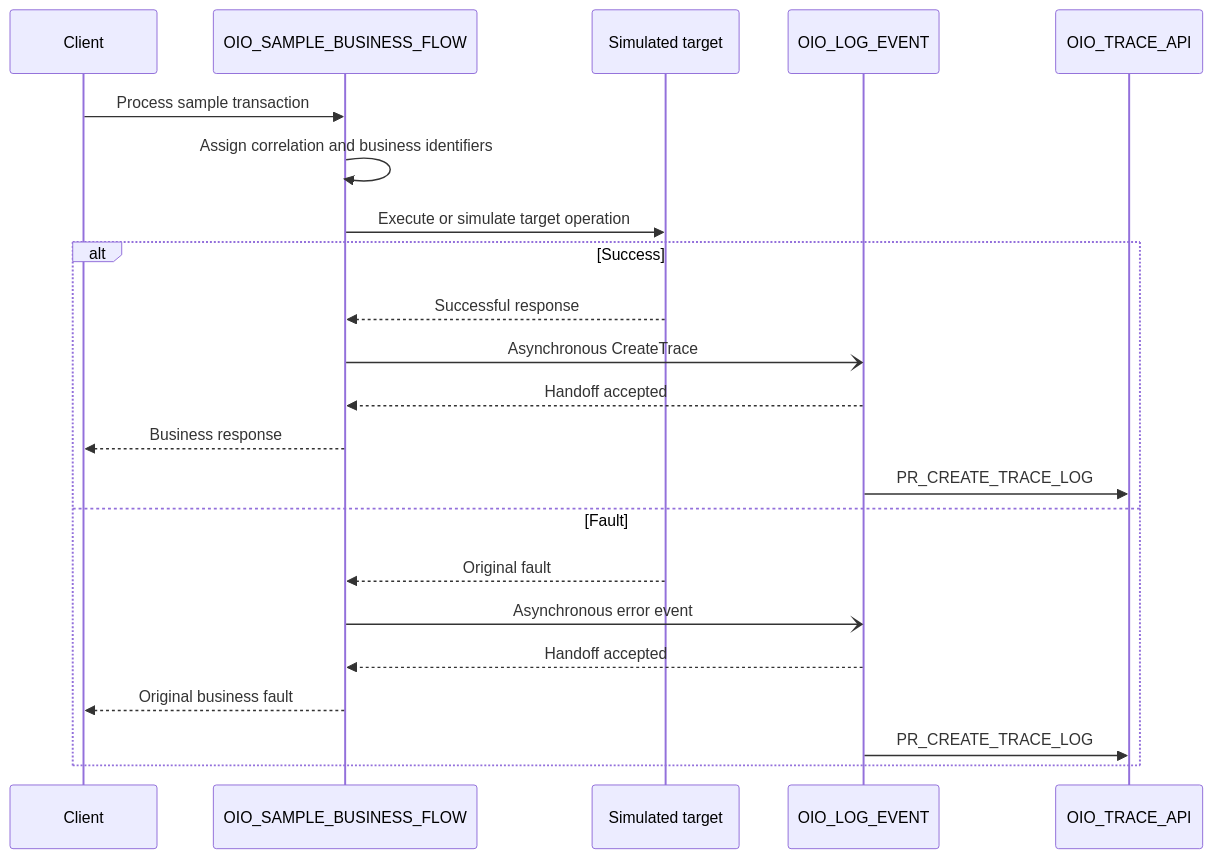
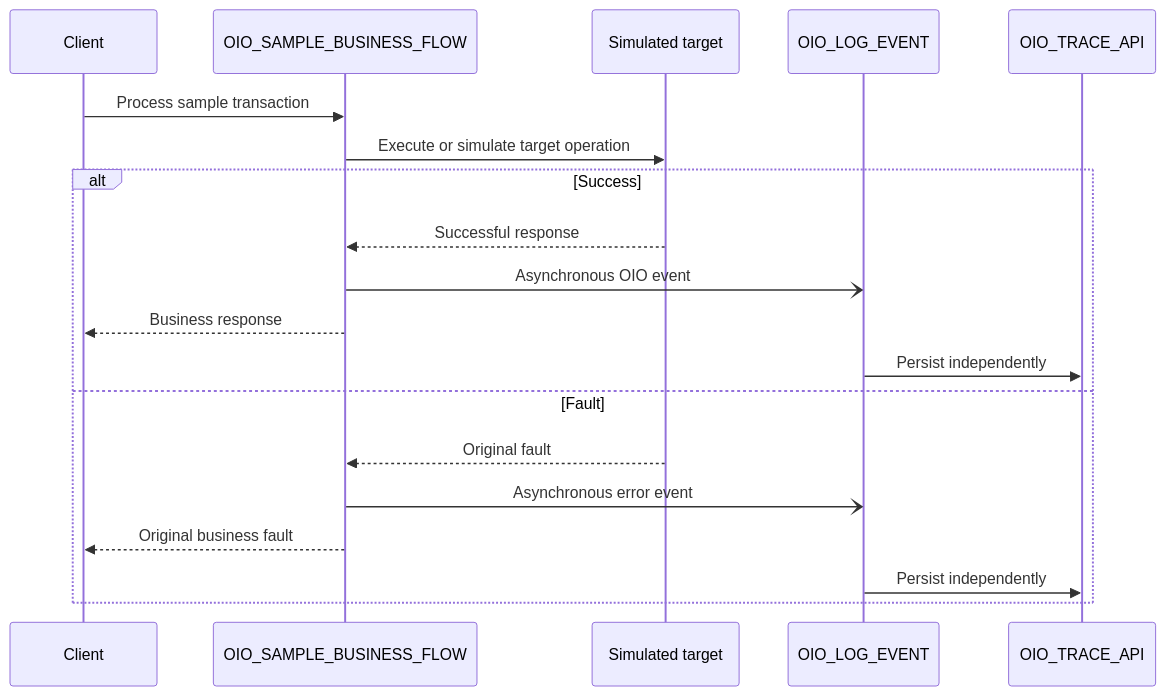
The third of 3 diagrams in oic/implementation-pattern.md (lucianosilva/oracle-integration-observability), drawn with Mermaid before and after one commit. The commit also changed other lines of this file and 9 other files, not shown here.

````diff
--- a/oic/implementation-pattern.md
+++ b/oic/implementation-pattern.md
@@ -134,26 +114,23 @@
 ```mermaid
 sequenceDiagram
     participant Client
-    participant Sample as OIO_SAMPLE_BUSINESS_FLOW
+    participant Parent as OIO_SAMPLE_BUSINESS_FLOW
     participant Target as Simulated target
     participant Logger as OIO_LOG_EVENT
     participant DB as OIO_TRACE_API
 
-    Client->>Sample: Process sample transaction
-    Sample->>Sample: Assign correlation and business identifiers
-    Sample->>Target: Execute or simulate target operation
+    Client->>Parent: Process sample transaction
+    Parent->>Target: Execute or simulate target operation
 
     alt Success
-        Target-->>Sample: Successful response
-        Sample-)Logger: Asynchronous CreateTrace
-        Logger-->>Sample: Handoff accepted
-        Sample-->>Client: Business response
-        Logger->>DB: PR_CREATE_TRACE_LOG
+        Target-->>Parent: Successful response
+        Parent-)Logger: Asynchronous OIO event
+        Parent-->>Client: Business response
+        Logger->>DB: Persist independently
     else Fault
-        Target-->>Sample: Original fault
-        Sample-)Logger: Asynchronous error event
-        Logger-->>Sample: Handoff accepted
-        Sample-->>Client: Original business fault
-        Logger->>DB: PR_CREATE_TRACE_LOG
+        Target-->>Parent: Original fault
+        Parent-)Logger: Asynchronous error event
+        Parent-->>Client: Original business fault
+        Logger->>DB: Persist independently
     end
 ```
````
